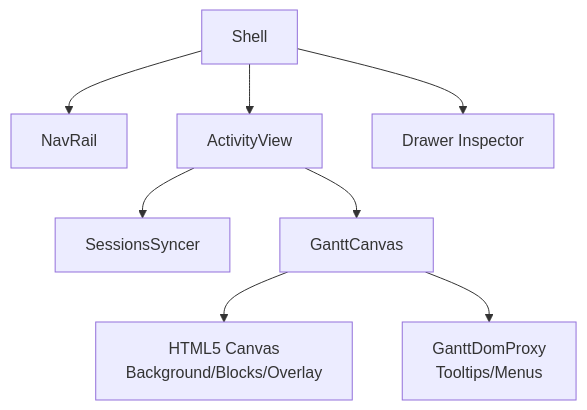
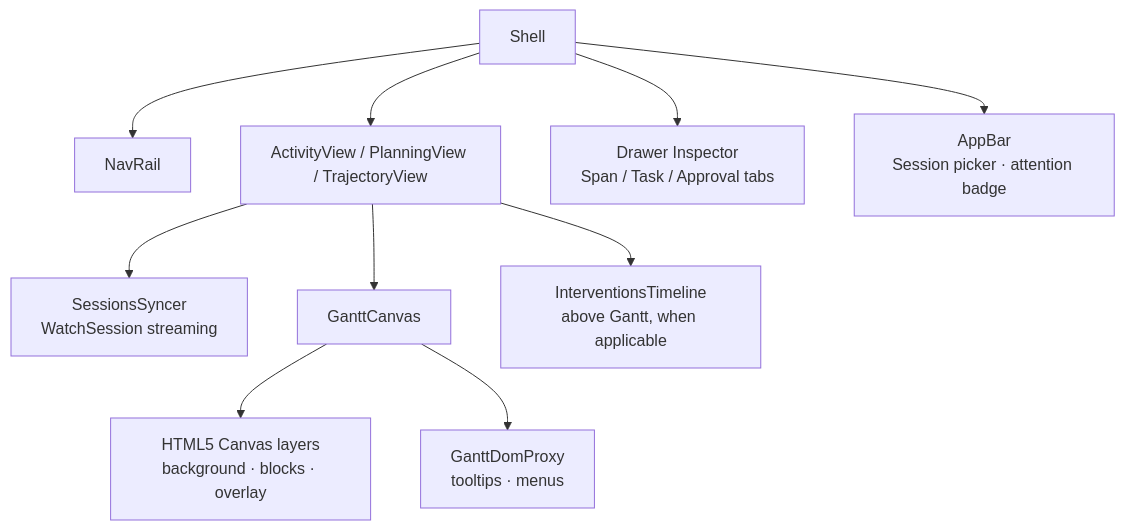
One commit to pedapudi/harmonograf changed the first of 5 diagrams in docs/design/10-frontend-architecture.md. Above: the diagram before and after it, drawn with Mermaid. The commit also changed other lines of this file and 22 other files, not shown here.

First line of the commit message:
docs(design,protocol,adr,internals): refresh for current architecture

````diff
--- a/docs/design/10-frontend-architecture.md
+++ b/docs/design/10-frontend-architecture.md
@@ -21,10 +36,12 @@
 ```mermaid
 graph TD
     A[Shell] --> B[NavRail]
-    A --> C[ActivityView]
-    C --> D[SessionsSyncer]
+    A --> C[ActivityView / PlanningView / TrajectoryView]
+    C --> D[SessionsSyncer<br/>WatchSession streaming]
     C --> E[GanttCanvas]
-    E --> F[HTML5 Canvas <br/> Background/Blocks/Overlay]
-    E --> G[GanttDomProxy <br/> Tooltips/Menus]
-    A --> H[Drawer Inspector]
+    E --> F[HTML5 Canvas layers<br/>background · blocks · overlay]
+    E --> G[GanttDomProxy<br/>tooltips · menus]
+    C --> H[InterventionsTimeline<br/>above Gantt, when applicable]
+    A --> I[Drawer Inspector<br/>Span / Task / Approval tabs]
+    A --> J[AppBar<br/>Session picker · attention badge]
 ```
````
